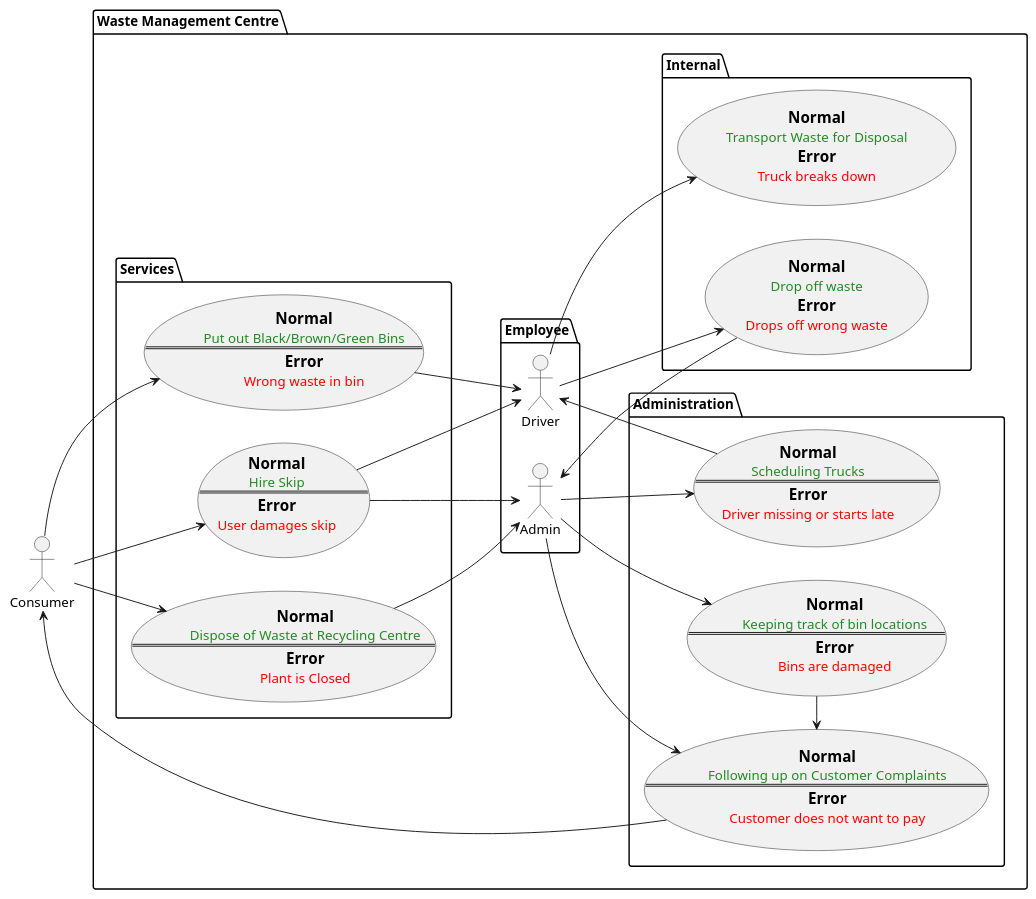
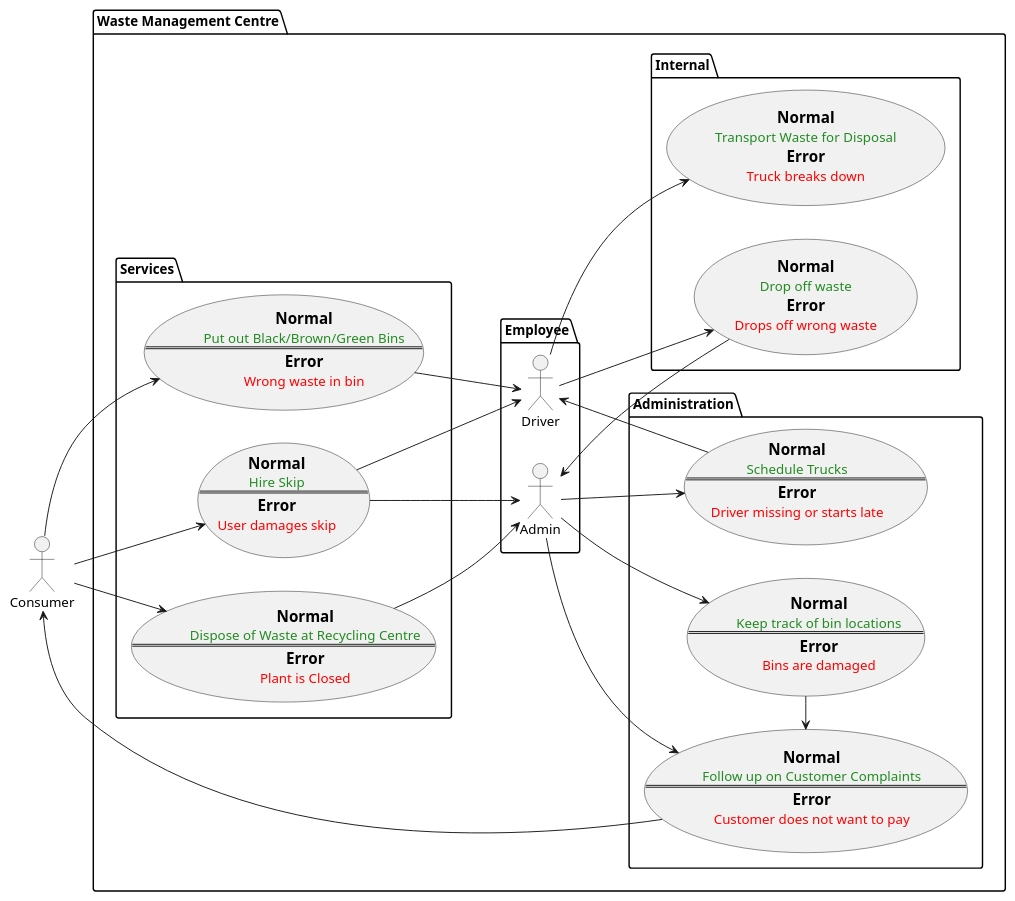
The diagram in UML.wsd (tedski999/CSU22041-InformationManagement-Group8), drawn with PlantUML before and after one commit.

Commit message:
Fixed verbs in use case diagram

```diff
--- a/UML.wsd
+++ b/UML.wsd
@@ -1,98 +1,98 @@
 @startuml Waste Management Company
 
 left to right direction
 actor Consumer as c
 
 package "Waste Management Centre" {
 	package Employee {
 		actor Driver as d
 		actor Admin as a
 	}
 
 	package Services {
 		usecase centre as "
 				== Normal
 				<color:#228B22>Dispose of Waste at Recycling Centre
 				==
 				== Error
 				<color:#FF0000>Plant is Closed"
 		
 		usecase bins as "
 				== Normal
 				<color:#228B22>Put out Black/Brown/Green Bins
 				==
 				== Error
 				<color:#FF0000>Wrong waste in bin"
 		
 		usecase skip as "
 				== Normal
 				<color:#228B22>Hire Skip
 				==
 				== Error
 				<color:#FF0000>User damages skip"
 	}
 
 	package Internal {
 		usecase transport as "
 				== Normal
 				<color:#228B22>Transport Waste for Disposal
 				== Error
 				<color:#FF0000>Truck breaks down"
 
 		usecase dropoff as "
 				== Normal
 				<color:#228B22>Drop off waste
 				== Error
 				<color:#FF0000>Drops off wrong waste"
 	}
 
 	package Administration {
 
 		usecase truckmanage as "
 				== Normal
-				<color:#228B22>Scheduling Trucks
+				<color:#228B22>Schedule Trucks
 				==
 				== Error
 				<color:#FF0000>Driver missing or starts late"
 
 		usecase customermanage as "
 				== Normal
-				<color:#228B22>Following up on Customer Complaints
+				<color:#228B22>Follow up on Customer Complaints
 				==
 				== Error
 				<color:#FF0000>Customer does not want to pay"
 
 		usecase binmanage as "
 				== Normal
-				<color:#228B22>Keeping track of bin locations
+				<color:#228B22>Keep track of bin locations
 				==
 				== Error
 				<color:#FF0000>Bins are damaged"
 	}
 }
 
 c --> centre
 c --> bins
 c --> skip
 
 bins --> d
 skip --> d
 
 d --> transport
 d --> dropoff
 
 dropoff --> a
 
 a --> truckmanage
 a --> customermanage
 a --> binmanage
 
 customermanage -> c
 truckmanage -> d
 binmanage -> customermanage
 
 centre --> a
 skip --> a
 
 
 @enduml
```
